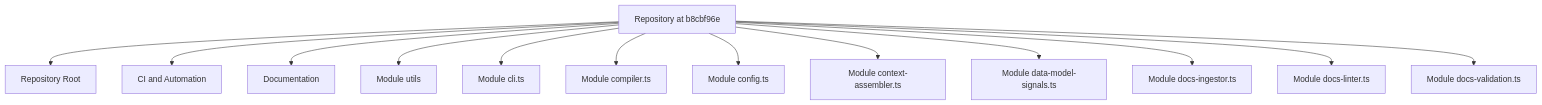
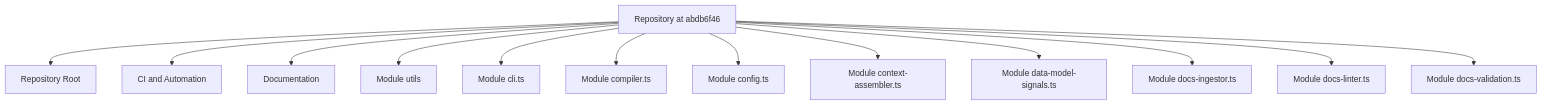
One commit to mfittko/repo-wiki changed the diagram in Architecture.md. Above: the diagram before and after it, drawn with Mermaid. The commit also changed other lines of this file and 43 other files, not shown here.

````diff
--- a/Architecture.md
+++ b/Architecture.md
@@ -14,16 +17,16 @@
 ```mermaid
 flowchart TD
-  Repo[Repository at b8cbf96e]
+  Repo[Repository at abdb6f46]
   Repo --> M0[Repository Root]
   Repo --> M1[CI and Automation]
   Repo --> M2[Documentation]
   Repo --> M3[Module utils]
   Repo --> M4[Module cli.ts]
   Repo --> M5[Module compiler.ts]
   Repo --> M6[Module config.ts]
   Repo --> M7[Module context-assembler.ts]
   Repo --> M8[Module data-model-signals.ts]
   Repo --> M9[Module docs-ingestor.ts]
   Repo --> M10[Module docs-linter.ts]
   Repo --> M11[Module docs-validation.ts]
 ```
````
